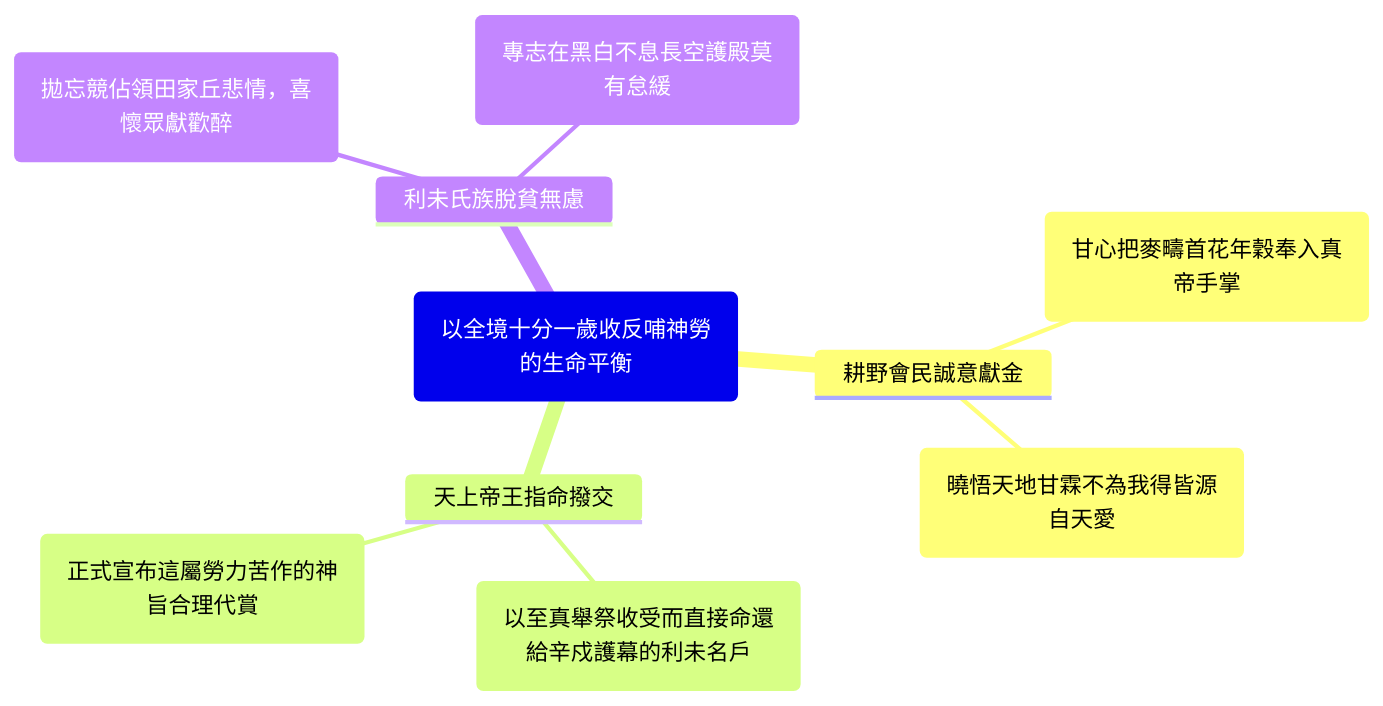
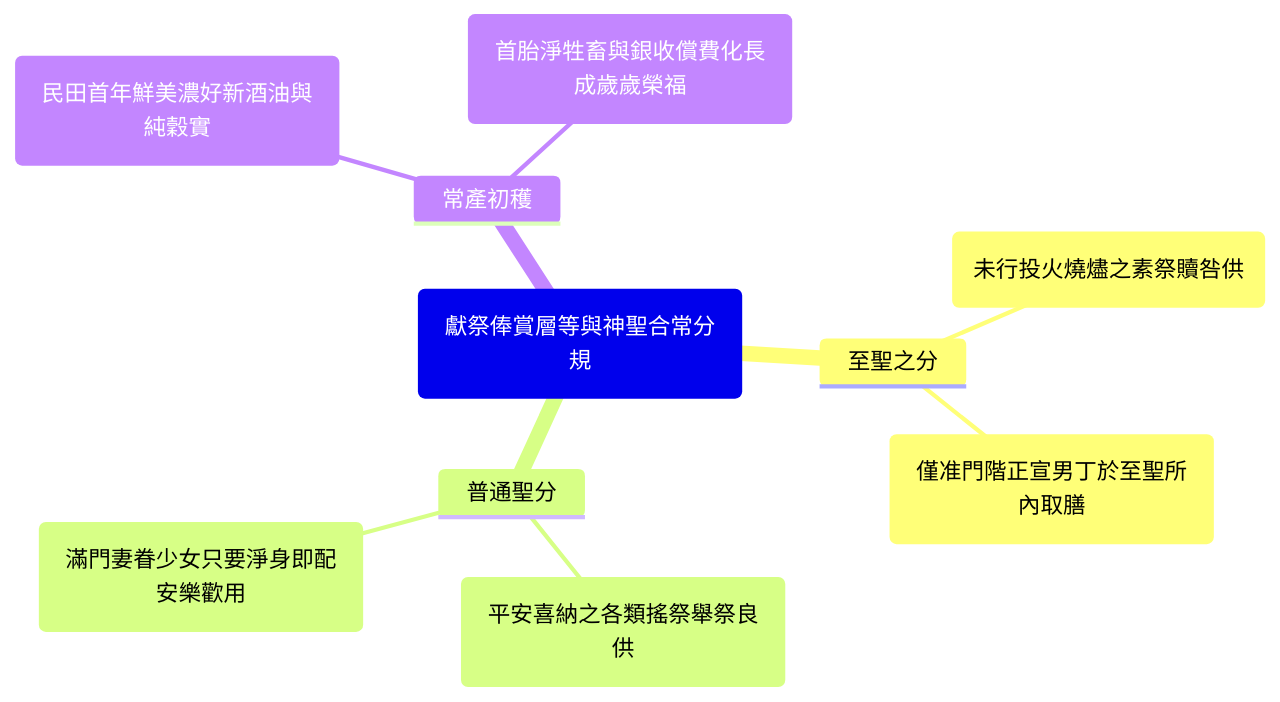
One commit to andyjr5566/Bible_wiki_zh_website changed the second of 4 diagrams in content/04 民數記/第18章.md. Above: the diagram before and after it, drawn with Mermaid. The commit also changed other lines of this file and 471 other files, not shown here.

````diff
--- a/content/04 民數記/第18章.md
+++ b/content/04 民數記/第18章.md
@@ -119,13 +94,13 @@
 ```mermaid
 mindmap
-    root("以全境十分一歲收反哺神勞的生命平衡")
-        耕野會民誠意獻金
-            ("甘心把麥疇首花年穀奉入真帝手掌")
-            ("曉悟天地甘霖不為我得皆源自天愛")
-        天上帝王指命撥交
-            ("以至真舉祭收受而直接命還給辛戍護幕的利未名戶")
-            ("正式宣布這屬勞力苦作的神旨合理代賞")
-        利未氏族脫貧無慮
-            ("拋忘競佔領田家丘悲情，喜懷眾獻歡醉")
-            ("專志在黑白不息長空護殿莫有怠緩")
+    root("獻祭俸賞層等與神聖合常分規")
+        至聖之分
+            ("未行投火燒燼之素祭贖咎供")
+            ("僅准門階正宣男丁於至聖所內取膳")
+        普通聖分
+            ("平安喜納之各類搖祭舉祭良供")
+            ("滿門妻眷少女只要淨身即配安樂歡用")
+        常產初穫
+            ("民田首年鮮美濃好新酒油與純穀實")
+            ("首胎淨牲畜與銀收償費化長成歲歲榮福")
 ```
````
